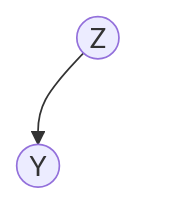
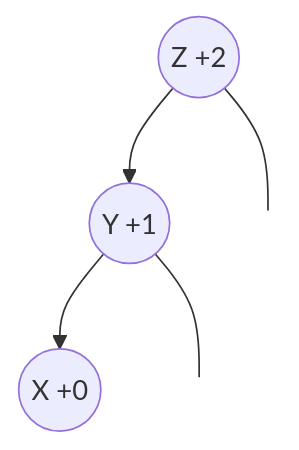
Before and after one commit to FSBCS/ACS: the third of 9 diagrams in Unit 2/Section 3/Lesson 3.md, drawn with Mermaid. The commit also changed other lines of this file, not shown here.

````diff
--- a/Unit 2/Section 3/Lesson 3.md
+++ b/Unit 2/Section 3/Lesson 3.md
@@ -82,8 +84,10 @@
 ```mermaid
 graph TD;
-    Z((Z)) --> Y((Y))
+    Z((Z +2)) --> Y((Y +1))
     Z --- N1(( ))
+    Y --> X((X +0))
+    Y --- N2(( ))
 
     style N1 fill:transparent,stroke:transparent
-    linkStyle 1 stroke:transparent,arrowheadColor:transparent
+    style N2 fill:transparent,stroke:transparent
 ```
````
